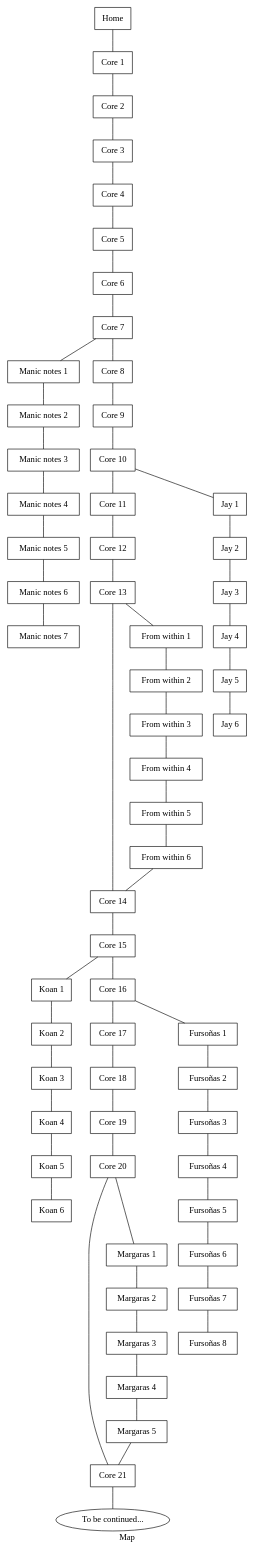
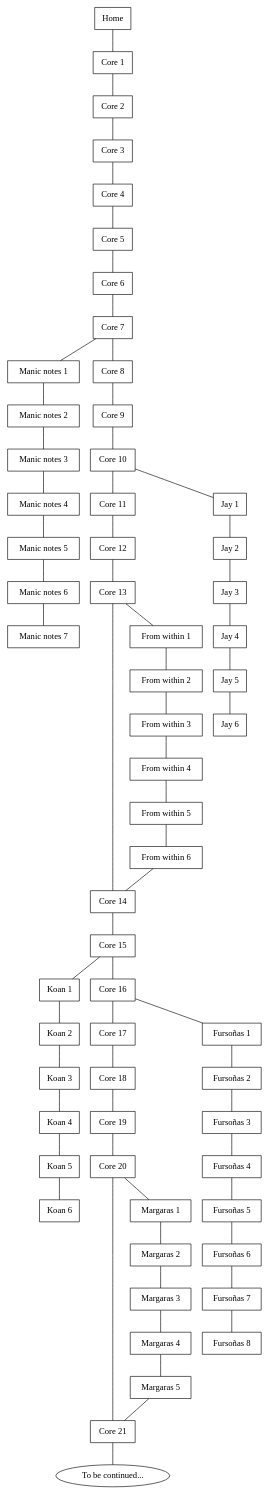
One commit to makyo/ally changed the diagram in static/map.dot. Above: the diagram before and after it, drawn with Graphviz. The commit also changed 2 other files, not shown here.

```diff
--- a/static/map.dot
+++ b/static/map.dot
@@ -1,98 +1,97 @@
 graph Map {
     node[shape="box"]
-    label="Map"
+    label=""
 
     node[group="koan"]
     "Koan 1" [href="/koan/"]
     "Koan 2" [href="/koan/page/2"]
     "Koan 3" [href="/koan/page/3"]
     "Koan 4" [href="/koan/page/4"]
     "Koan 5" [href="/koan/page/5"]
     "Koan 6" [href="/koan/page/6"]
     node[group=""]
 
     node[group="mania"]
     "Manic notes 1" [href="/mania/"]
     "Manic notes 2" [href="/mania/page/2"]
     "Manic notes 3" [href="/mania/page/3"]
     "Manic notes 4" [href="/mania/page/4"]
     "Manic notes 5" [href="/mania/page/5"]
     "Manic notes 6" [href="/mania/page/6"]
     "Manic notes 7" [href="/mania/page/7"]
     node[group=""]
 
     node[group="core"]
     Home [href="/"]
     "Core 1" [href="/core/"]
     "Core 2" [href="/core/page/2"]
     "Core 3" [href="/core/page/3"]
     "Core 4" [href="/core/page/4"]
     "Core 5" [href="/core/page/5"]
     "Core 6" [href="/core/page/6"]
     "Core 7" [href="/core/page/7"]
     "Core 8" [href="/core/page/8"]
     "Core 9" [href="/core/page/9"]
     "Core 10" [href="/core/page/10"]
     "Core 11" [href="/core/page/11"]
     "Core 12" [href="/core/page/12"]
     "Core 13" [href="/core/page/13"]
     "Core 14" [href="/core/page/14"]
     "Core 15" [href="/core/page/15"]
     "Core 16" [href="/core/page/16"]
     "Core 17" [href="/core/page/17"]
     "Core 18" [href="/core/page/18"]
     "Core 19" [href="/core/page/19"]
-    "Core 19" [href="/core/page/20"]
-    "Core 19" [href="/core/page/21"]
+    "Core 20" [href="/core/page/20"]
+    "Core 21" [href="/core/page/21"]
     "To be continued..." [shape="oval"]
     node[group=""]
 
     Home -- "Core 1" -- "Core 2" -- "Core 3" -- "Core 4" -- "Core 5" -- "Core 6" -- "Core 7" -- "Core 8" -- "Core 9" -- "Core 10" -- "Core 11" -- "Core 12" -- "Core 13" -- "Core 14" -- "Core 15" -- "Core 16" -- "Core 17" -- "Core 18" -- "Core 19" -- "Core 20" -- "Core 21" -- "To be continued..."
 
     "Core 7" -- "Manic notes 1" -- "Manic notes 2" -- "Manic notes 3" -- "Manic notes 4" -- "Manic notes 5" -- "Manic notes 6" -- "Manic notes 7"
 
     node[group="jay"]
     "Jay 1" [href="/jay/"]
     "Jay 2" [href="/jay/page/2"]
     "Jay 3" [href="/jay/page/3"]
     "Jay 4" [href="/jay/page/4"]
     "Jay 5" [href="/jay/page/5"]
     "Jay 6" [href="/jay/page/6"]
     node[group=""]
     "Core 10" -- "Jay 1" -- "Jay 2" -- "Jay 3" -- "Jay 4" -- "Jay 5" -- "Jay 6"
 
     node[group="from-within"]
     "From within 1" [href="/from-within/"]
     "From within 2" [href="/from-within/2"]
     "From within 3" [href="/from-within/3"]
     "From within 4" [href="/from-within/4"]
     "From within 5" [href="/from-within/5"]
     "From within 6" [href="/from-within/i-guess.."]
     node[group=""]
     "Core 13" -- "From within 1" -- "From within 2" -- "From within 3" -- "From within 4" -- "From within 5" -- "From within 6" -- "Core 14"
 
     "Core 15" -- "Koan 1" [weight=1]
     "Koan 1" -- "Koan 2" -- "Koan 3" -- "Koan 4" -- "Koan 5" -- "Koan 6"
 
     node[group="fursona"]
     "Fursoñas 1" [href="/fursona/"]
     "Fursoñas 2" [href="/fursona/page/2"]
     "Fursoñas 3" [href="/fursona/page/3"]
     "Fursoñas 4" [href="/fursona/page/4"]
     "Fursoñas 5" [href="/fursona/page/5"]
     "Fursoñas 6" [href="/fursona/page/6"]
     "Fursoñas 7" [href="/fursona/page/7"]
     "Fursoñas 8" [href="/fursona/page/8"]
     node[group=""]
     "Core 16" -- "Fursoñas 1" -- "Fursoñas 2" -- "Fursoñas 3" -- "Fursoñas 4" -- "Fursoñas 5" -- "Fursoñas 6" -- "Fursoñas 7" -- "Fursoñas 8"
 
     node[group="margaras"]
     "Margaras 1" [href="/margaras"]
     "Margaras 2" [href="/margaras/page/2"]
     "Margaras 3" [href="/margaras/page/3"]
     "Margaras 4" [href="/margaras/page/4"]
     "Margaras 5" [href="/margaras/page/5"]
     node[group=""]
-    "Core 20" -- "Margaras 1" [minlen=2]
-    "Margaras 1" -- "Margaras 2" -- "Margaras 3" -- "Margaras 4" -- "Margaras 5" -- "Core 21"
+    "Core 20" -- "Margaras 1" -- "Margaras 2" -- "Margaras 3" -- "Margaras 4" -- "Margaras 5" -- "Core 21"
 }
```
